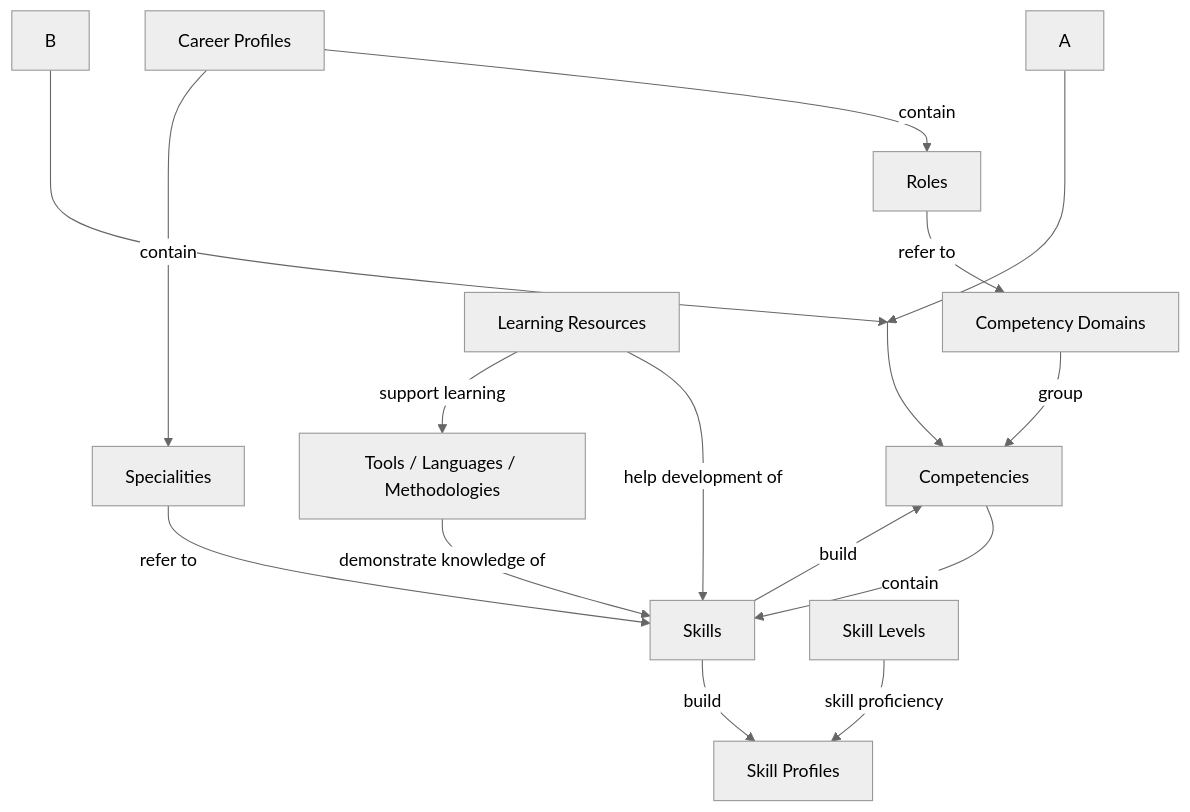
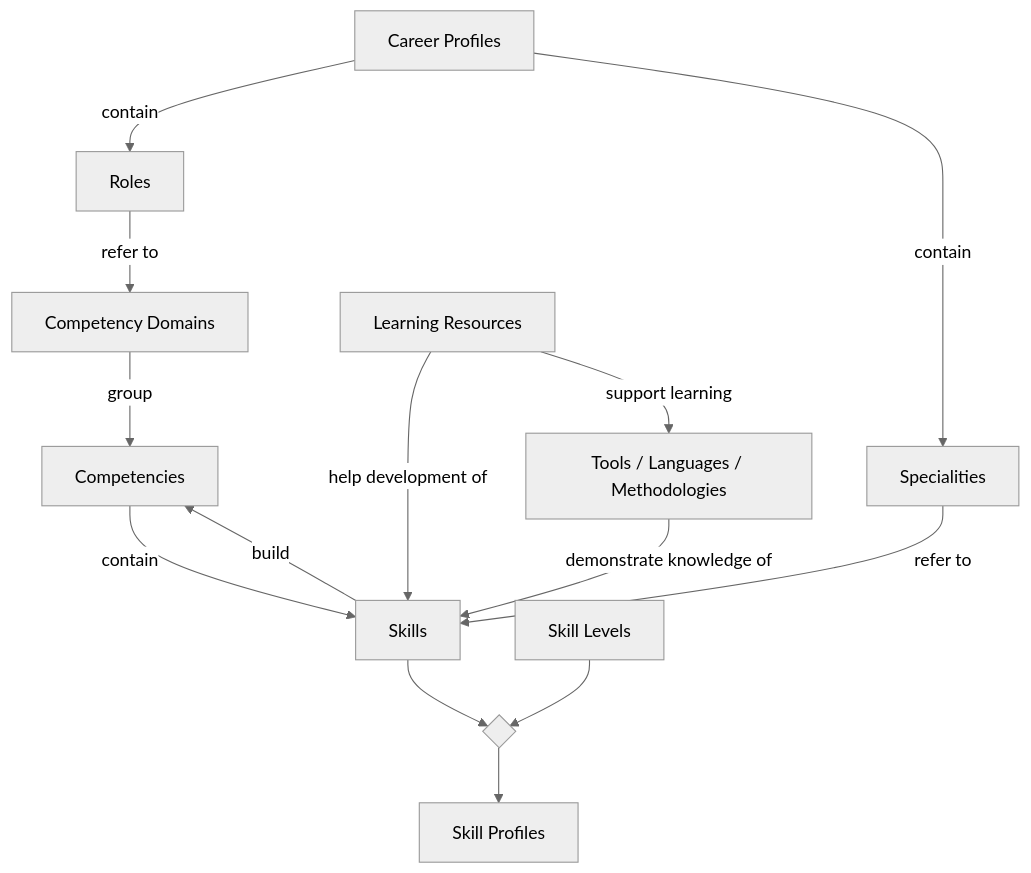
One commit to direct-framework/digital-research-competencies-framework changed the diagram in framework/framework-diagram.md. Above: the diagram before and after it, drawn with Mermaid (neutral theme).

Commit message:
Update framework diagram relationships and visibility

````diff
--- a/framework/framework-diagram.md
+++ b/framework/framework-diagram.md
@@ -12,32 +12,29 @@
 ```mermaid
 flowchart TD
 CD[Competency Domains]
 C[Competencies]
 Sk[Skills]
 SL[Skill Levels]
 TLM[Tools / Languages / Methodologies]
 LR[Learning Resources]
 R[Roles]
 Spec[Specialities]
 CP[Career Profiles]
 SP[Skill Profiles]
 
 CD -- group --> C
 C -- contain --> Sk
 Sk -- build --> C
 TLM -- demonstrate knowledge of --> Sk
 LR -- help development of --> Sk
 LR -- support learning --> TLM
 CP -- contain --> R
 CP -- contain --> Spec
 R -- refer to --> CD
 Spec -- refer to --> Sk
-Sk -- build --> SP
-SL -- skill proficiency --> SP
 
-classDef invisible display:none;
-A ---> D:::invisible
-B ---> D
-D --> C
+SL --> J{ }
+Sk --> J
+J --> SP
 
 ```
````
